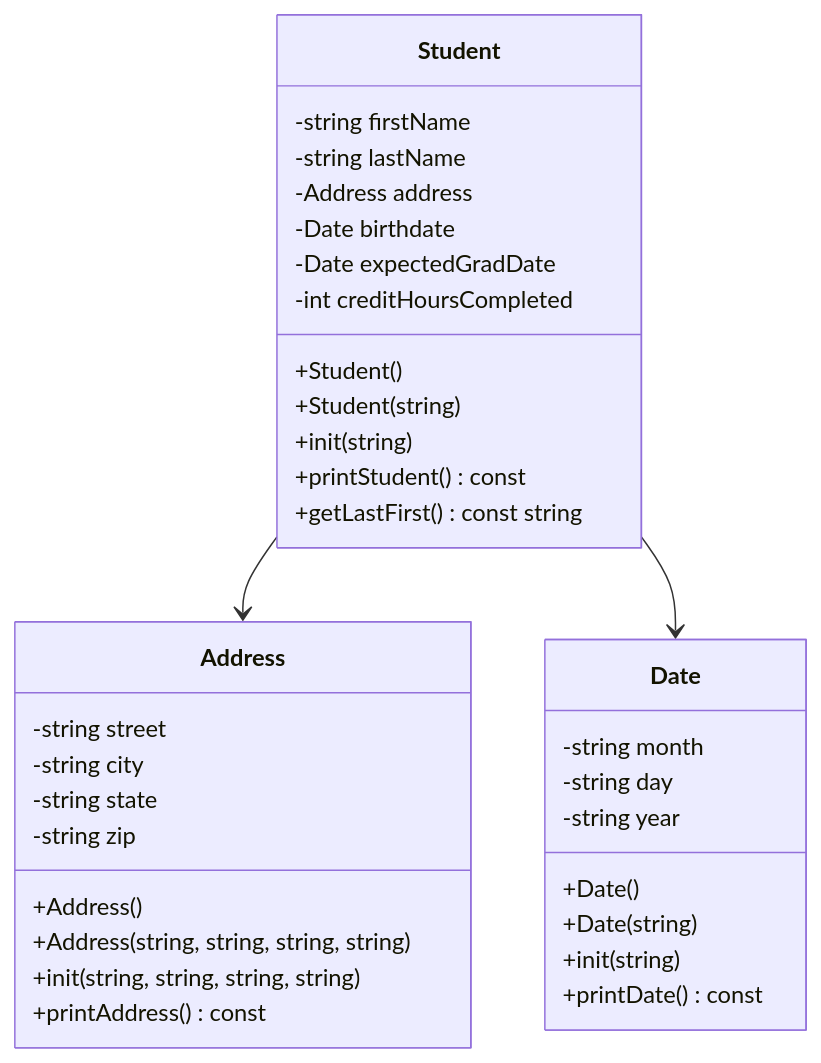
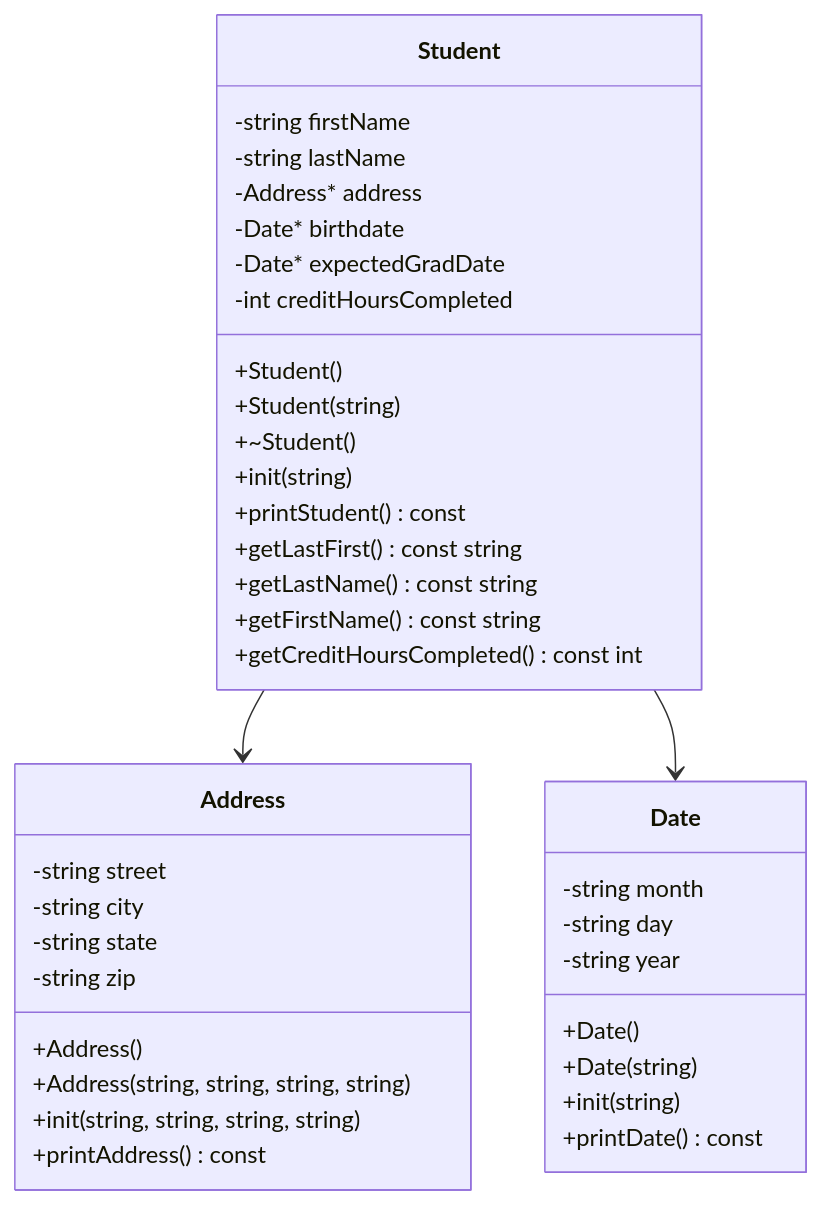
One commit to Nickiroo/Heap-of-Students changed the diagram in README.md. Above: the diagram before and after it, drawn with Mermaid. The commit also changed other lines of this file and 9 other files, not shown here.

````diff
--- a/README.md
+++ b/README.md
@@ -3,40 +3,44 @@
 ```mermaid
 classDiagram
 class Date {
   -string month
   -string day
   -string year
   +Date()
   +Date(string)
   +init(string)
   +printDate() const
 }
 
 class Address {
   -string street
   -string city
   -string state
   -string zip
   +Address()
   +Address(string, string, string, string)
   +init(string, string, string, string)
   +printAddress() const
 }
 
 class Student {
   -string firstName
   -string lastName
-  -Address address
-  -Date birthdate
-  -Date expectedGradDate
+  -Address* address
+  -Date* birthdate
+  -Date* expectedGradDate
   -int creditHoursCompleted
   +Student()
   +Student(string)
+  +~Student()
   +init(string)
   +printStudent() const
   +getLastFirst() const string
+  +getLastName() const string
+  +getFirstName() const string
+  +getCreditHoursCompleted() const int
 }
 
 Student --> Address
 Student --> Date
 ```
````
